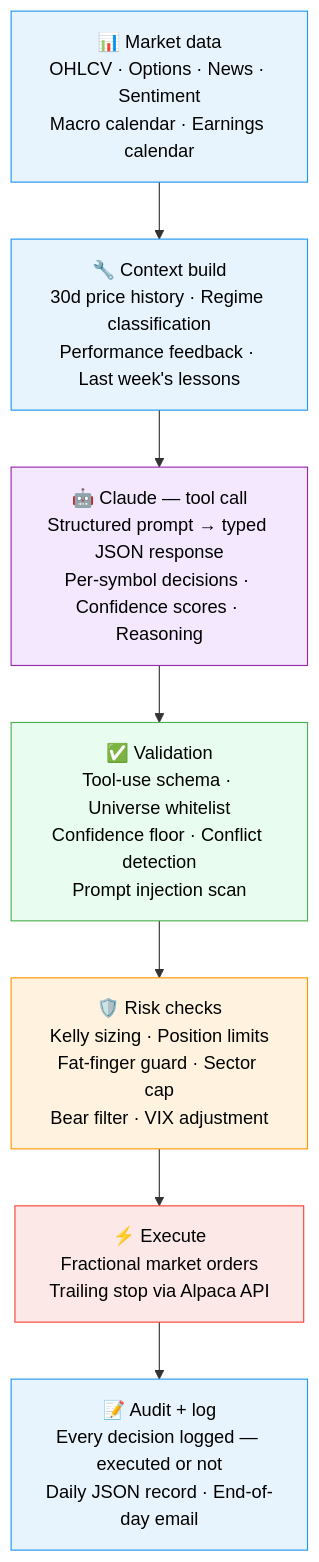
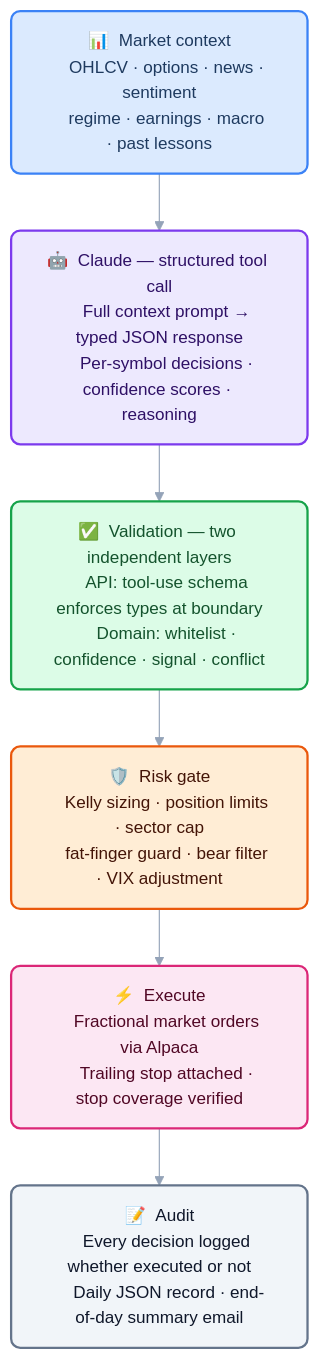
The first of 2 diagrams in README.md (samchatterley/investor-bot), drawn with Mermaid before and after one commit. The commit also changed other lines of this file, not shown here.

First line of the commit message:
Improve Mermaid diagram design

````diff
--- a/README.md
+++ b/README.md
@@ -25,26 +25,36 @@
 ```mermaid
+%%{init: {'theme': 'base', 'themeVariables': {'fontSize': '15px', 'lineColor': '#94a3b8'}}}%%
 flowchart TD
-    A["📊 Market data\nOHLCV · Options · News · Sentiment\nMacro calendar · Earnings calendar"]
+    classDef input    fill:#dbeafe,stroke:#3b82f6,stroke-width:2px,color:#1e3a5f,rx:8
+    classDef ai       fill:#ede9fe,stroke:#7c3aed,stroke-width:2px,color:#2e1065,rx:8
+    classDef validate fill:#dcfce7,stroke:#16a34a,stroke-width:2px,color:#14532d,rx:8
+    classDef risk     fill:#ffedd5,stroke:#ea580c,stroke-width:2px,color:#431407,rx:8
+    classDef execute  fill:#fce7f3,stroke:#db2777,stroke-width:2px,color:#500724,rx:8
+    classDef audit    fill:#f1f5f9,stroke:#64748b,stroke-width:2px,color:#0f172a,rx:8
 
-    B["🔧 Context build\n30d price history · Regime classification\nPerformance feedback · Last week's lessons"]
+    A["📊 &nbsp;Market context
+    OHLCV · options · news · sentiment
+    regime · earnings · macro · past lessons"]:::input
 
-    C["🤖 Claude — tool call\nStructured prompt → typed JSON response\nPer-symbol decisions · Confidence scores · Reasoning"]
+    B["🤖 &nbsp;Claude — structured tool call
+    Full context prompt → typed JSON response
+    Per-symbol decisions · confidence scores · reasoning"]:::ai
 
-    D["✅ Validation\nTool-use schema · Universe whitelist\nConfidence floor · Conflict detection\nPrompt injection scan"]
+    C["✅ &nbsp;Validation — two independent layers
+    API: tool-use schema enforces types at boundary
+    Domain: whitelist · confidence · signal · conflict"]:::validate
 
-    E["🛡️ Risk checks\nKelly sizing · Position limits\nFat-finger guard · Sector cap\nBear filter · VIX adjustment"]
+    D["🛡️ &nbsp;Risk gate
+    Kelly sizing · position limits · sector cap
+    fat-finger guard · bear filter · VIX adjustment"]:::risk
 
-    F["⚡ Execute\nFractional market orders\nTrailing stop via Alpaca API"]
+    E["⚡ &nbsp;Execute
+    Fractional market orders via Alpaca
+    Trailing stop attached · stop coverage verified"]:::execute
 
-    G["📝 Audit + log\nEvery decision logged — executed or not\nDaily JSON record · End-of-day email"]
+    F["📝 &nbsp;Audit
+    Every decision logged whether executed or not
+    Daily JSON record · end-of-day summary email"]:::audit
 
-    A --> B --> C --> D --> E --> F --> G
-
-    style A fill:#e8f4fd,stroke:#2196F3,color:#000
-    style B fill:#e8f4fd,stroke:#2196F3,color:#000
-    style C fill:#f3e8fd,stroke:#9C27B0,color:#000
-    style D fill:#e8fdf0,stroke:#4CAF50,color:#000
-    style E fill:#fff3e0,stroke:#FF9800,color:#000
-    style F fill:#fde8e8,stroke:#F44336,color:#000
-    style G fill:#e8f4fd,stroke:#2196F3,color:#000
+    A --> B --> C --> D --> E --> F
 ```
````
